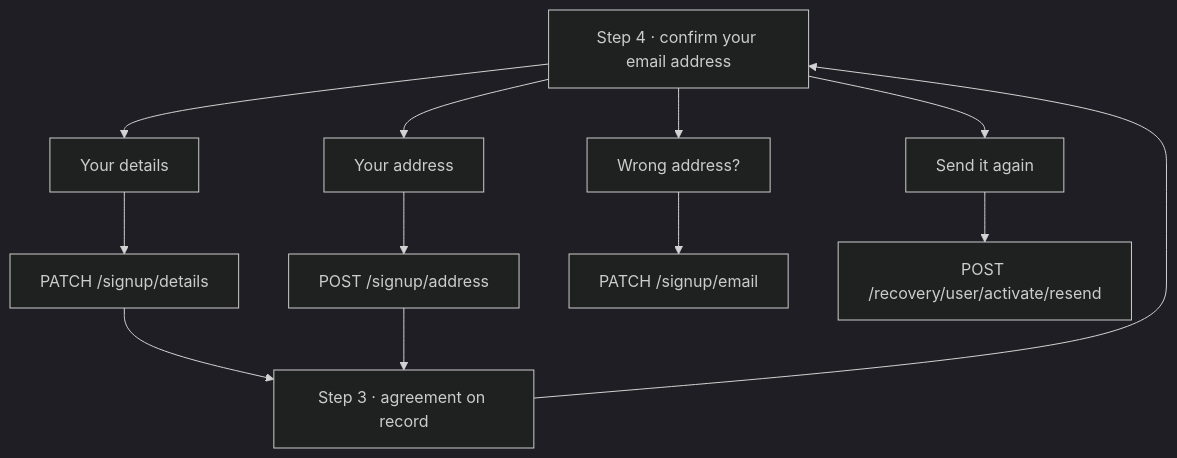
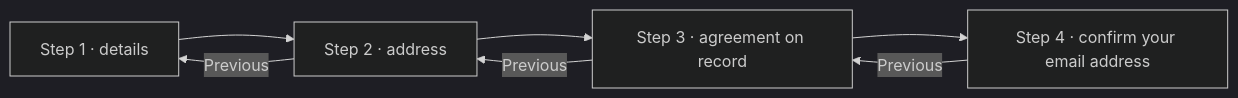
The fourth of 9 diagrams in docs/flows/membership-signup/README.md (ESA-Blueshell/website), drawn with Mermaid (dark theme) before and after one commit. The commit also changed other lines of this file and 10 other files, not shown here.

First line of the commit message:
refactor(signup): give the confirmation step a Previous button like every other

````diff
--- a/docs/flows/membership-signup/README.md
+++ b/docs/flows/membership-signup/README.md
@@ -204,14 +204,9 @@
 ```mermaid
-flowchart TD
-    P["Step 4 · confirm your email address"] --> D["Your details"]
-    P --> A["Your address"]
-    P --> C["Wrong address?"]
-    P --> R["Send it again"]
-    D --> D1["PATCH /signup/details"]
-    A --> A1["POST /signup/address"]
-    C --> C1["PATCH /signup/email"]
-    R --> R1["POST /recovery/user/activate/resend"]
-    D1 --> L["Step 3 · agreement on record"]
-    A1 --> L
-    L --> P
+flowchart LR
+    S1["Step 1 · details"] --> S2["Step 2 · address"]
+    S2 --> S3["Step 3 · agreement on record"]
+    S3 --> S4["Step 4 · confirm your email address"]
+    S4 -->|Previous| S3
+    S3 -->|Previous| S2
+    S2 -->|Previous| S1
 ```
````
